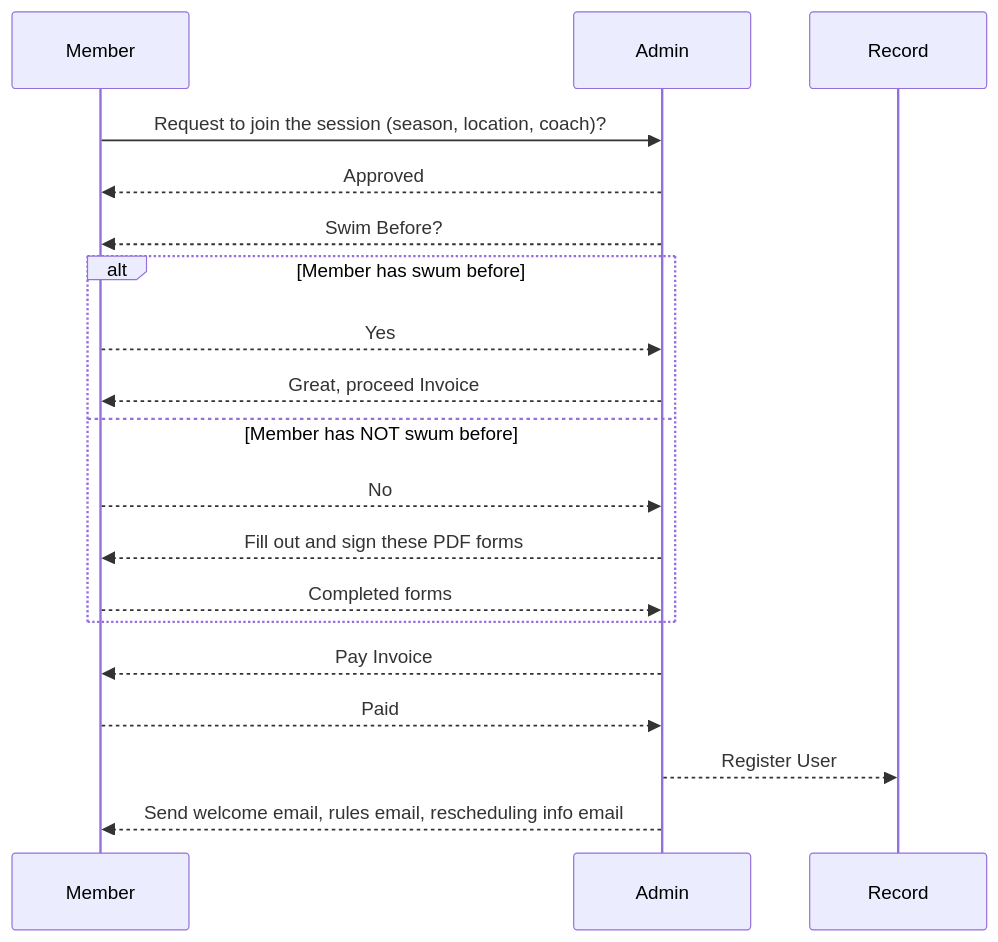
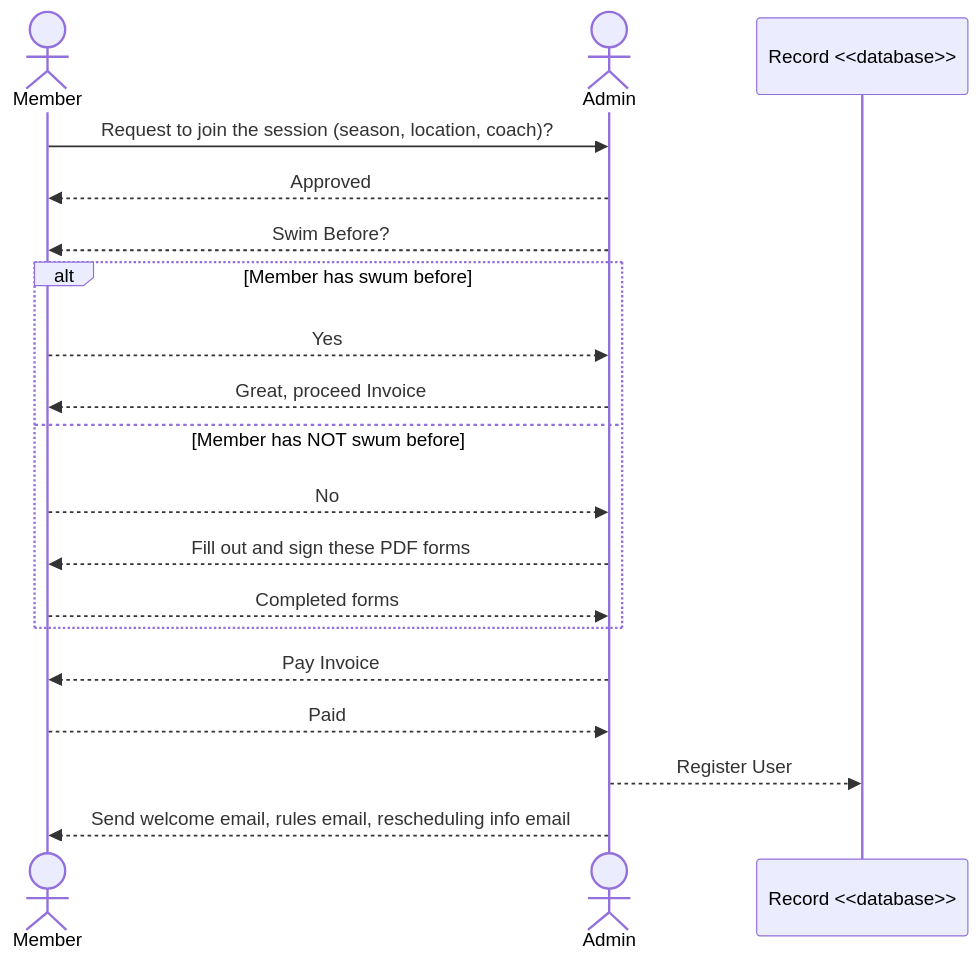
The diagram in docs/current-signup.mmd (pbaletkeman/swimlane), drawn with Mermaid before and after one commit. The commit also changed 1 other file, not shown here.

Commit message:
update current sequence diagrams

```diff
--- a/docs/current-signup.mmd
+++ b/docs/current-signup.mmd
@@ -1,18 +1,23 @@
 sequenceDiagram
+    actor Member
+    actor Admin
+    participant Record as Record <<database>>
+
+
     Member->>Admin: Request to join the session (season, location, coach)?
     Admin-->>Member: Approved
     Admin-->>Member: Swim Before?
 
     alt Member has swum before
         Member-->>Admin: Yes
         Admin-->>Member: Great, proceed Invoice
     else Member has NOT swum before
         Member-->>Admin: No
         Admin-->>Member: Fill out and sign these PDF forms
         Member-->>Admin: Completed forms
     end
 
     Admin-->>Member: Pay Invoice
     Member-->>Admin: Paid
     Admin-->>Record: Register User
     Admin-->>Member: Send welcome email, rules email, rescheduling info email
```
